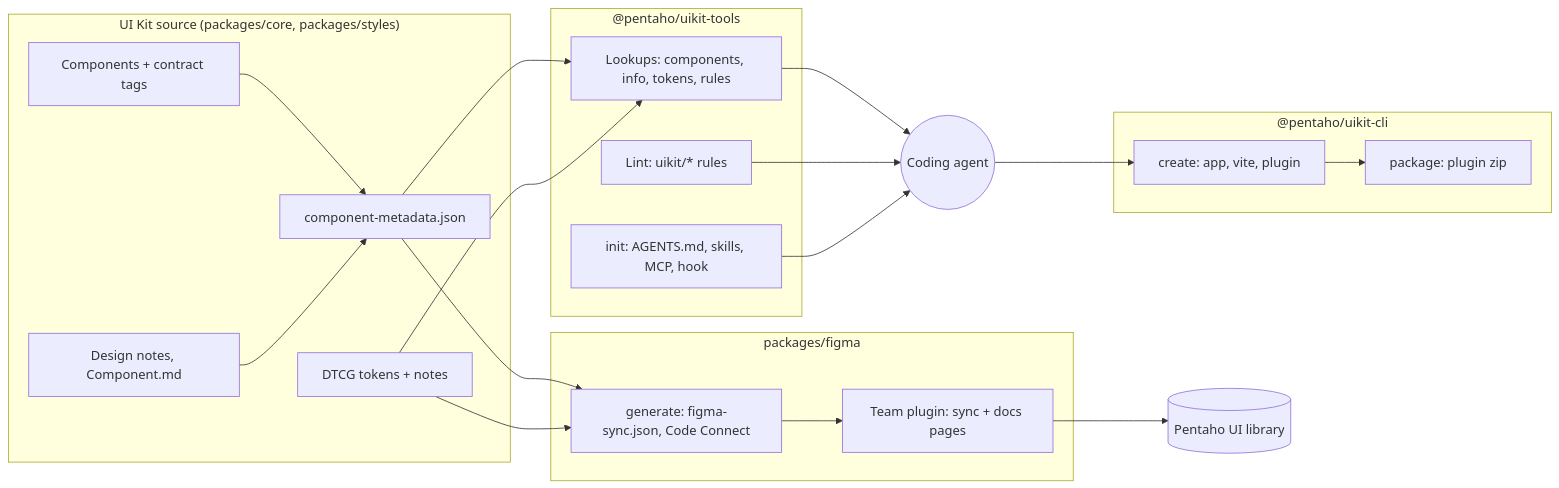
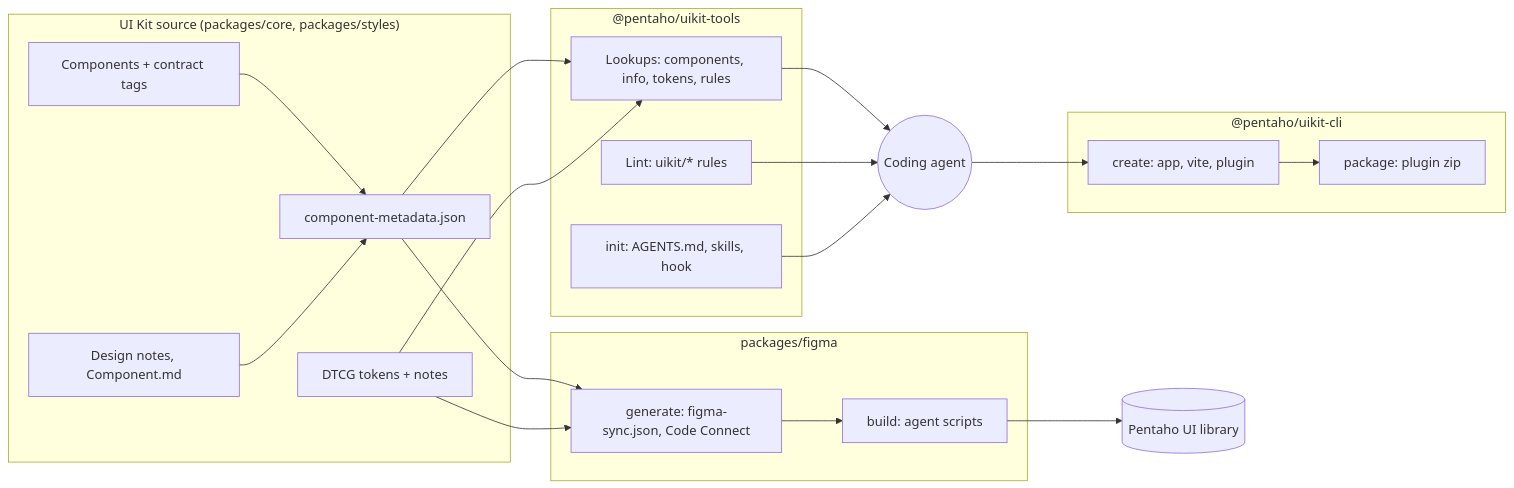
The diagram in docs/agent-tooling.md (pentaho/hv-uikit-react), drawn with Mermaid before and after one commit. The commit also changed other lines of this file and 43 other files, not shown here.

````diff
--- a/docs/agent-tooling.md
+++ b/docs/agent-tooling.md
@@ -22,30 +23,30 @@
 ```mermaid
 flowchart LR
   subgraph Source["UI Kit source (packages/core, packages/styles)"]
     C[Components + contract tags] --> M[component-metadata.json]
     N[Design notes, Component.md] --> M
     T[DTCG tokens + notes]
   end
   subgraph Access["@pentaho/uikit-tools"]
     L[Lookups: components, info, tokens, rules]
     R[Lint: uikit/* rules]
-    I[init: AGENTS.md, skills, MCP, hook]
+    I[init: AGENTS.md, skills, hook]
   end
   subgraph Build["@pentaho/uikit-cli"]
     CR[create: app, vite, plugin]
     PK[package: plugin zip]
   end
   subgraph Figma["packages/figma"]
     G[generate: figma-sync.json, Code Connect]
-    P[Team plugin: sync + docs pages]
+    A[build: agent scripts]
   end
   M --> L
   T --> L
   M --> G
   T --> G
   L --> Agent((Coding agent))
   R --> Agent
   I --> Agent
   Agent --> CR --> PK
-  G --> P --> Lib[(Pentaho UI library)]
+  G --> A --> Lib[(Pentaho UI library)]
 ```
````
